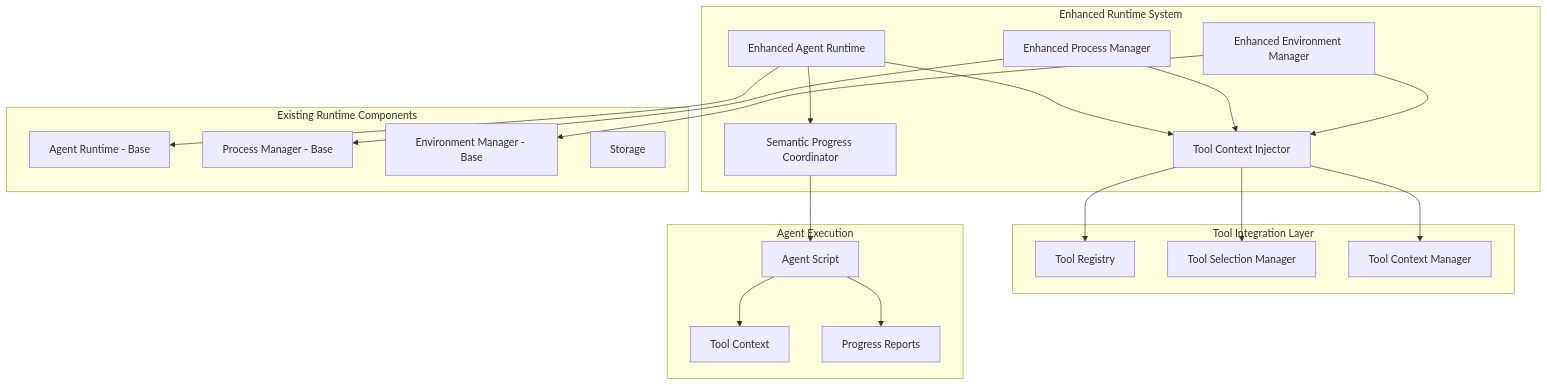
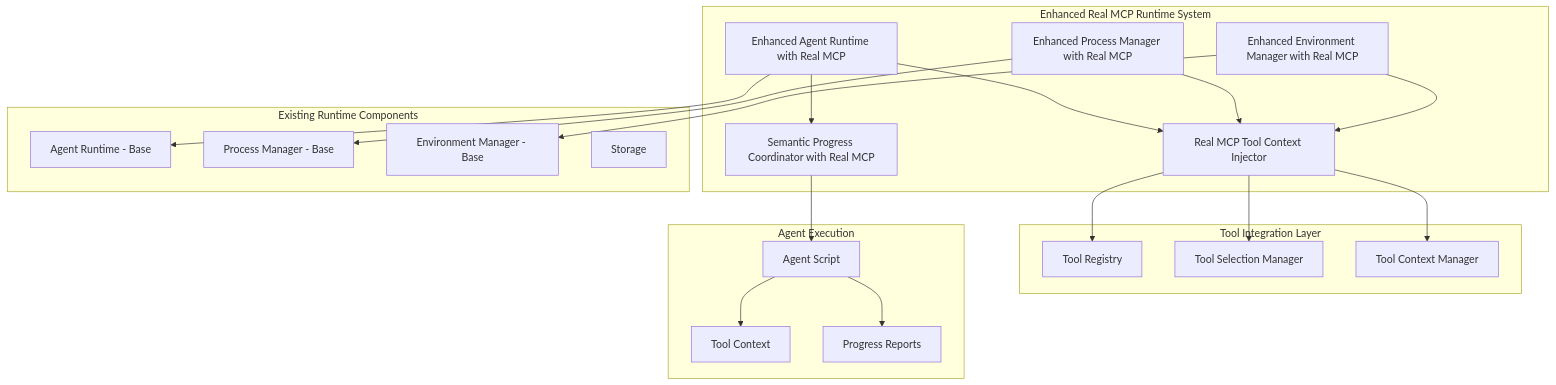
Before and after one commit to agentplug/agenthub: the diagram in docs/.implementation_design/phase2.5_semantic_progress_tools/runtime/README.md, drawn with Mermaid. The commit also changed other lines of this file and 14 other files, not shown here.

First line of the commit message:
docs: update design documents for real MCP implementation

````diff
--- a/docs/.implementation_design/phase2.5_semantic_progress_tools/runtime/README.md
+++ b/docs/.implementation_design/phase2.5_semantic_progress_tools/runtime/README.md
@@ -18,43 +18,43 @@
 ```mermaid
 graph TB
-    subgraph "Enhanced Runtime System"
-        EAR[Enhanced Agent Runtime]
-        EPM[Enhanced Process Manager]
-        EEM[Enhanced Environment Manager]
-        TCI[Tool Context Injector]
-        SPC[Semantic Progress Coordinator]
+    subgraph "Enhanced Real MCP Runtime System"
+        EAR[Enhanced Agent Runtime with Real MCP]
+        EPM[Enhanced Process Manager with Real MCP]
+        EEM[Enhanced Environment Manager with Real MCP]
+        TCI[Real MCP Tool Context Injector]
+        SPC[Semantic Progress Coordinator with Real MCP]
     end
 
     subgraph "Existing Runtime Components"
         AR[Agent Runtime - Base]
         PM[Process Manager - Base]
         EM[Environment Manager - Base]
         ST[Storage]
     end
 
     subgraph "Tool Integration Layer"
         TR[Tool Registry]
         TSM[Tool Selection Manager]
         TCM[Tool Context Manager]
     end
 
     subgraph "Agent Execution"
         AG[Agent Script]
         TC[Tool Context]
         PR[Progress Reports]
     end
 
     EAR --> AR
     EAR --> TCI
     EAR --> SPC
     EPM --> PM
     EPM --> TCI
     EEM --> EM
     EEM --> TCI
     TCI --> TR
     TCI --> TSM
     TCI --> TCM
     SPC --> AG
     AG --> TC
     AG --> PR
 ```
````
